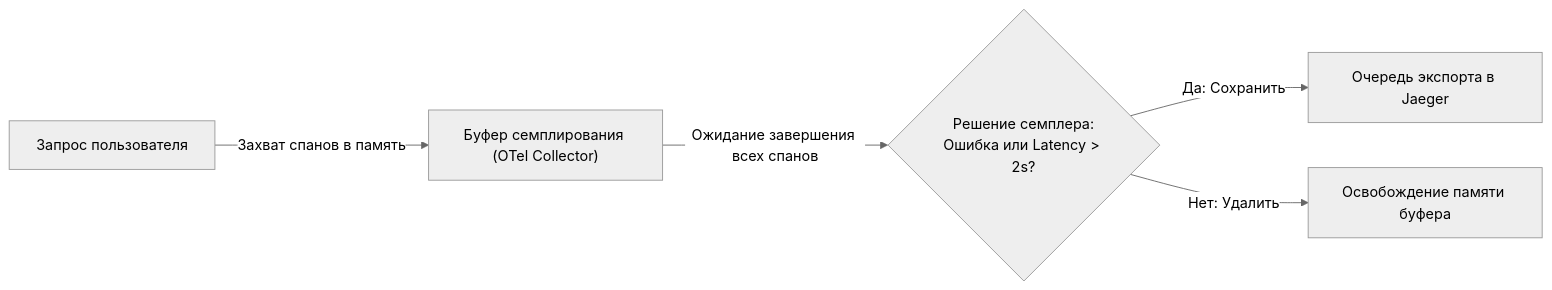
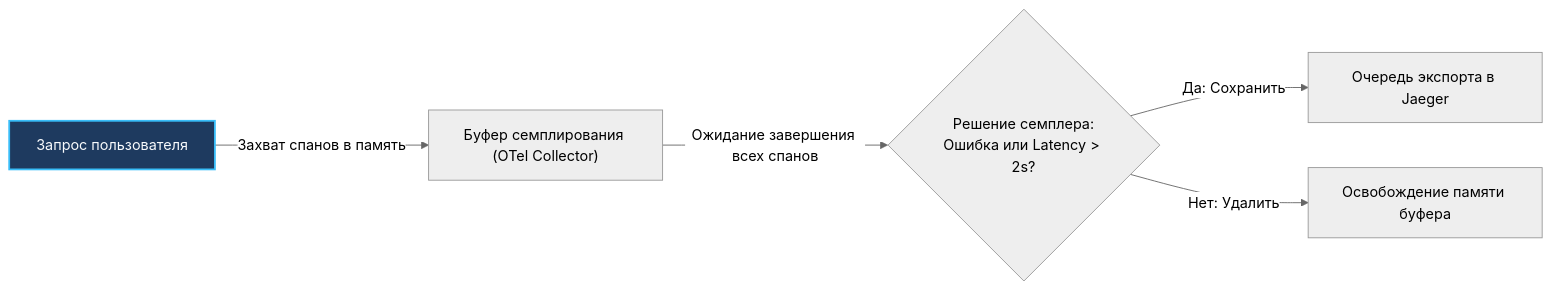
One commit to UnrealTemplier/go-textbook changed the second of 2 diagrams in sources/14. Распределенные системы на Go/08. Практика/6. Distributed tracing.md. Above: the diagram before and after it, drawn with Mermaid (neutral theme). The commit also changed other lines of this file and 1666 other files, not shown here.

First line of the commit message:
feat(mermaid): add semantic color classDef to 1369 colorless flowchart/graph diagrams

````diff
--- a/sources/14. Распределенные системы на Go/08. Практика/6. Distributed tracing.md
+++ b/sources/14. Распределенные системы на Go/08. Практика/6. Distributed tracing.md
@@ -171,7 +181,17 @@
 ```mermaid
 flowchart LR
-    A["Запрос пользователя"] -->|"Захват спанов в память"| B["Буфер семплирования (OTel Collector)"]
+    classDef process  fill:#1e293b,stroke:#38bdf8,stroke-width:1px,color:#f8fafc
+    classDef success  fill:#064e3b,stroke:#34d399,stroke-width:1px,color:#f8fafc
+    classDef error    fill:#7f1d1d,stroke:#f87171,stroke-width:1px,color:#f8fafc
+    classDef warning  fill:#78350f,stroke:#fbbf24,stroke-width:1px,color:#f8fafc
+    classDef entry    fill:#1e3a5f,stroke:#38bdf8,stroke-width:2px,color:#f8fafc
+    classDef aux      fill:#334155,stroke:#64748b,stroke-width:1px,color:#f8fafc
+    classDef system   fill:#312e81,stroke:#a78bfa,stroke-width:1px,color:#f8fafc
+    classDef data     fill:#132d29,stroke:#2dd4bf,stroke-width:1px,color:#f8fafc
+    classDef network  fill:#881337,stroke:#fb7185,stroke-width:1px,color:#f8fafc
+    classDef accent   fill:#1e1b4b,stroke:#818cf8,stroke-width:1px,color:#f8fafc
+    A["Запрос пользователя"]:::entry -->|"Захват спанов в память"| B["Буфер семплирования (OTel Collector)"]
     B -->|"Ожидание завершения всех спанов"| C{"Решение семплера:\nОшибка или Latency > 2s?"}
     C -->|"Да: Сохранить"| D["Очередь экспорта в Jaeger"]
     C -->|"Нет: Удалить"| E["Освобождение памяти буфера"]
 ```
````
